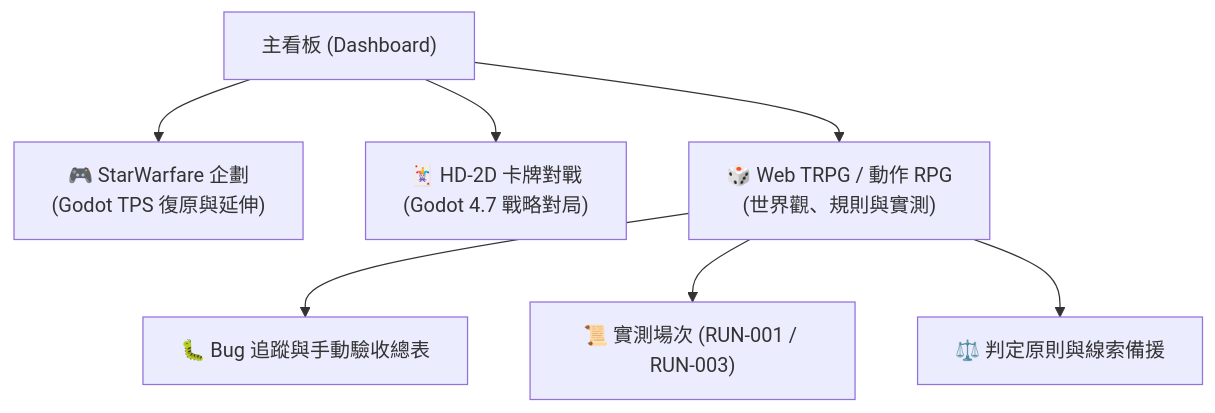
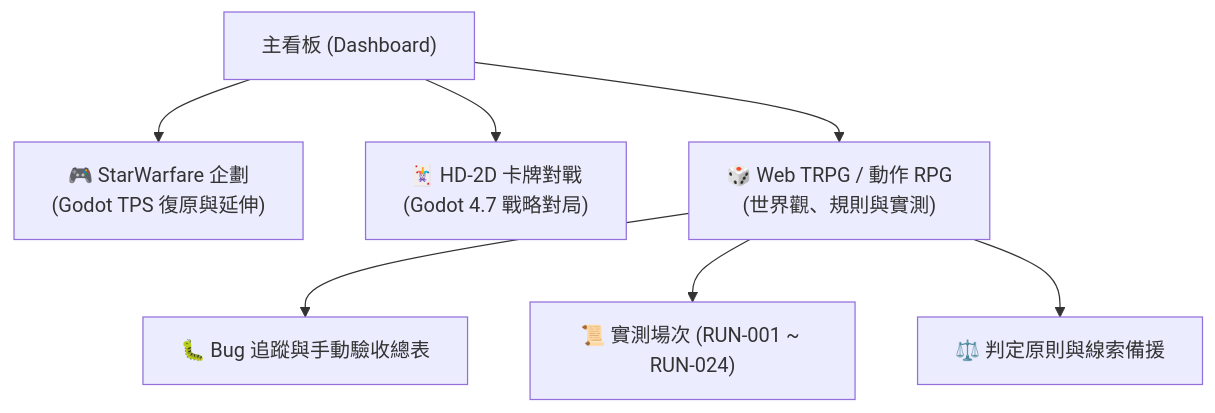
The diagram in README.md (wuharry/obsidian-notes), drawn with Mermaid before and after one commit. The commit also changed other lines of this file and 5 other files, not shown here.

````diff
--- a/README.md
+++ b/README.md
@@ -20,10 +20,10 @@
 ```mermaid
 graph TD
     Dashboard["主看板 (Dashboard)"] --> StarWarfare["🎮 StarWarfare 企劃<br/>(Godot TPS 復原與延伸)"]
     Dashboard --> CardGame["🃏 HD-2D 卡牌對戰<br/>(Godot 4.7 戰略對局)"]
     Dashboard --> ActionRPG["🎲 Web TRPG / 動作 RPG<br/>(世界觀、規則與實測)"]
     
     ActionRPG --> TRPG_Bugs["🐛 Bug 追蹤與手動驗收總表"]
-    ActionRPG --> TRPG_Runs["📜 實測場次 (RUN-001 / RUN-003)"]
+    ActionRPG --> TRPG_Runs["📜 實測場次 (RUN-001 ~ RUN-024)"]
     ActionRPG --> TRPG_Rules["⚖️ 判定原則與線索備援"]
 ```
````
